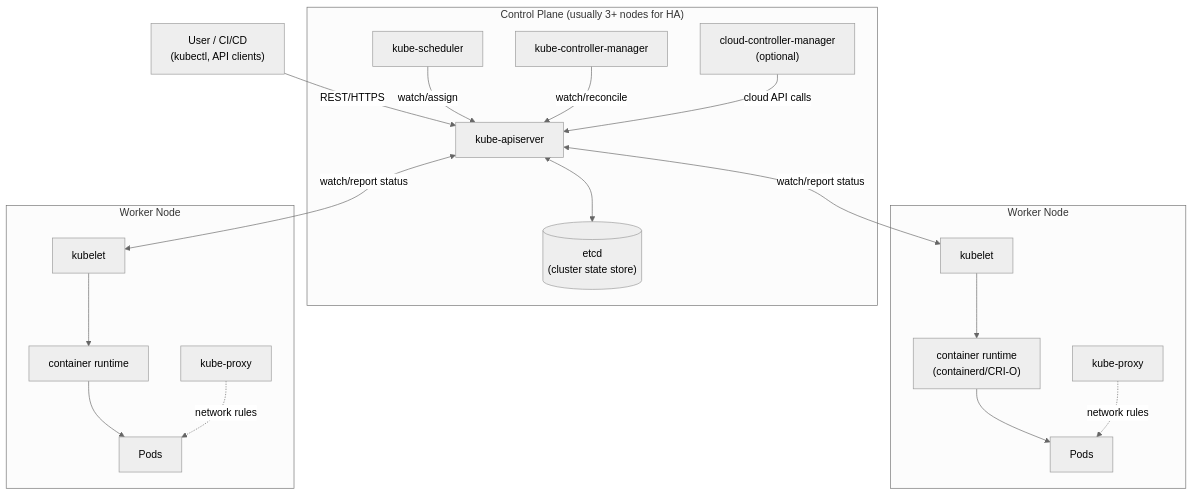
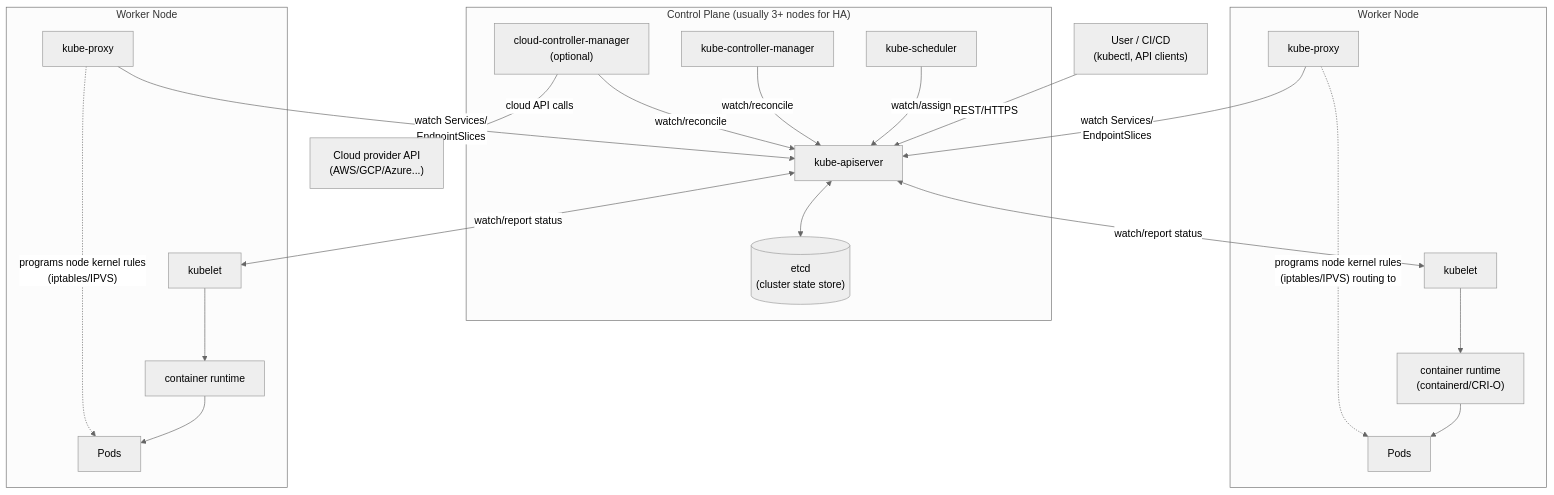
One commit to squiredocs/squiredocs changed the first of 4 diagrams in blog/let-your-agent-draw-the-architecture.md. Above: the diagram before and after it, drawn with Mermaid (neutral theme). The commit also changed other lines of this file and 4 other files, not shown here.

First line of the commit message:
blog: render Mermaid live; refocus the architecture post on the k8s capability

````diff
--- a/blog/let-your-agent-draw-the-architecture.md
+++ b/blog/let-your-agent-draw-the-architecture.md
@@ -65,38 +19,43 @@
 ```mermaid
 graph TB
     subgraph CP["Control Plane (usually 3+ nodes for HA)"]
         API["kube-apiserver"]
         ETCD[("etcd\n(cluster state store)")]
         SCHED["kube-scheduler"]
         CM["kube-controller-manager"]
         CCM["cloud-controller-manager\n(optional)"]
     end
 
     subgraph N1["Worker Node"]
         KUBELET1["kubelet"]
         PROXY1["kube-proxy"]
         CRI1["container runtime\n(containerd/CRI-O)"]
         PODS1["Pods"]
     end
 
     subgraph N2["Worker Node"]
         KUBELET2["kubelet"]
         PROXY2["kube-proxy"]
         CRI2["container runtime"]
         PODS2["Pods"]
     end
 
+    CLOUD["Cloud provider API\n(AWS/GCP/Azure...)"]
+
     USER["User / CI/CD\n(kubectl, API clients)"] -->|"REST/HTTPS"| API
     API <--> ETCD
     SCHED -->|"watch/assign"| API
     CM -->|"watch/reconcile"| API
-    CCM -->|"cloud API calls"| API
+    CCM -->|"watch/reconcile"| API
+    CCM -->|"cloud API calls"| CLOUD
     API <-->|"watch/report status"| KUBELET1
     API <-->|"watch/report status"| KUBELET2
+    PROXY1 -->|"watch Services/\nEndpointSlices"| API
+    PROXY2 -->|"watch Services/\nEndpointSlices"| API
     KUBELET1 --> CRI1
     CRI1 --> PODS1
     KUBELET2 --> CRI2
     CRI2 --> PODS2
-    PROXY1 -.->|"network rules"| PODS1
-    PROXY2 -.->|"network rules"| PODS2
+    PROXY1 -.->|"programs node kernel rules\n(iptables/IPVS) routing to"| PODS1
+    PROXY2 -.->|"programs node kernel rules\n(iptables/IPVS)"| PODS2
 ```
````
